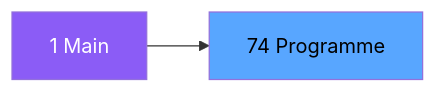
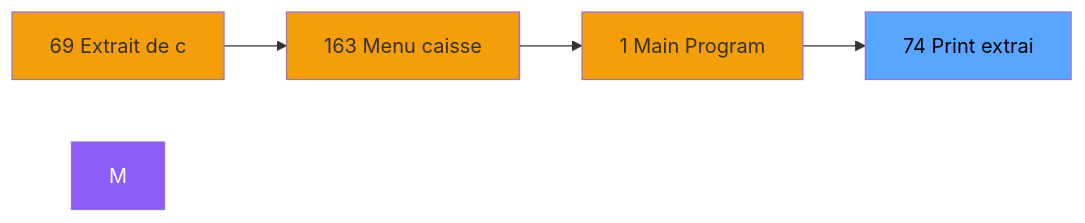
The second of 3 diagrams in .openspec/specs/ADH-IDE-74.md (thonyAGP/magic-migration), drawn with Mermaid before and after one commit. The commit also changed other lines of this file and 323 other files, not shown here.

````diff
--- a/.openspec/specs/ADH-IDE-74.md
+++ b/.openspec/specs/ADH-IDE-74.md
@@ -106,8 +123,15 @@
 ```mermaid
 graph LR
-    M[1 Main]
-    T[74 Programme]
-    M --> T
+    N69[69 Extrait de c]
+    N163[163 Menu caisse ]
+    N1[1 Main Program]
+    T[74 Print extrai]
+    N69 --> N163
+    N163 --> N1
+    N1 --> T
     style M fill:#8b5cf6,color:#fff
+    style N69 fill:#f59e0b
+    style N163 fill:#f59e0b
+    style N1 fill:#f59e0b
     style T fill:#58a6ff,color:#000
 ```
````
